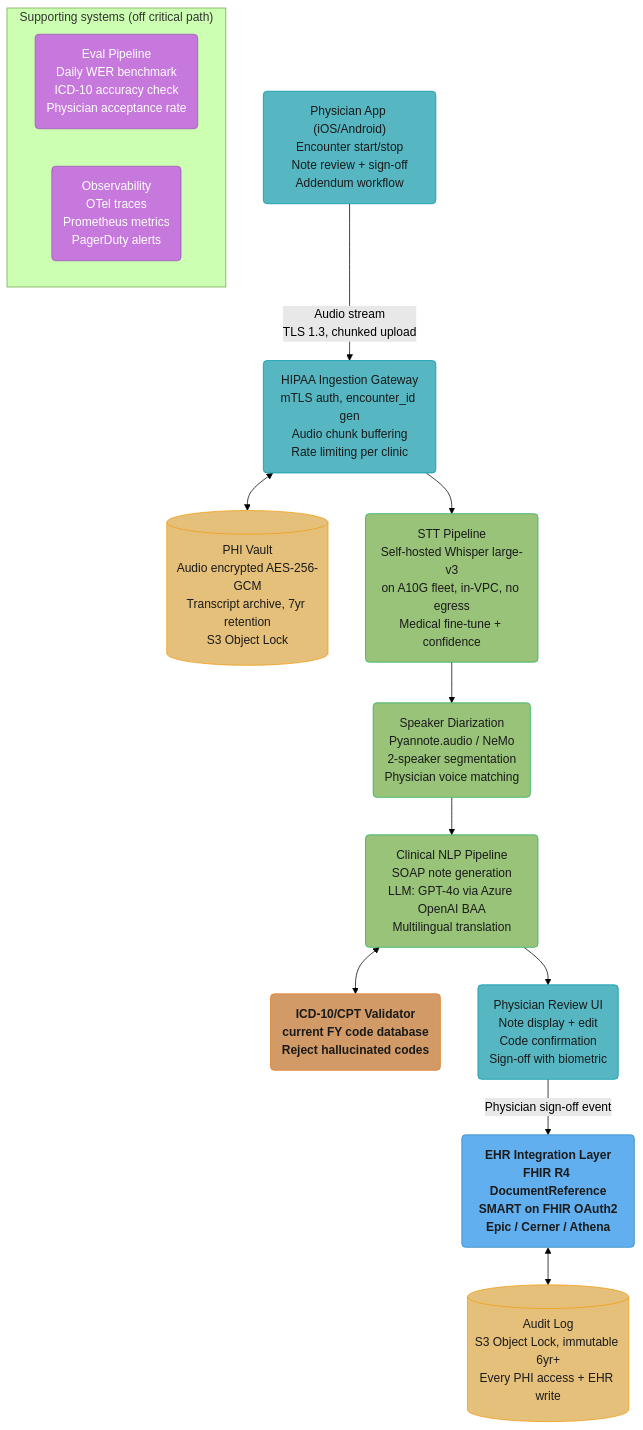
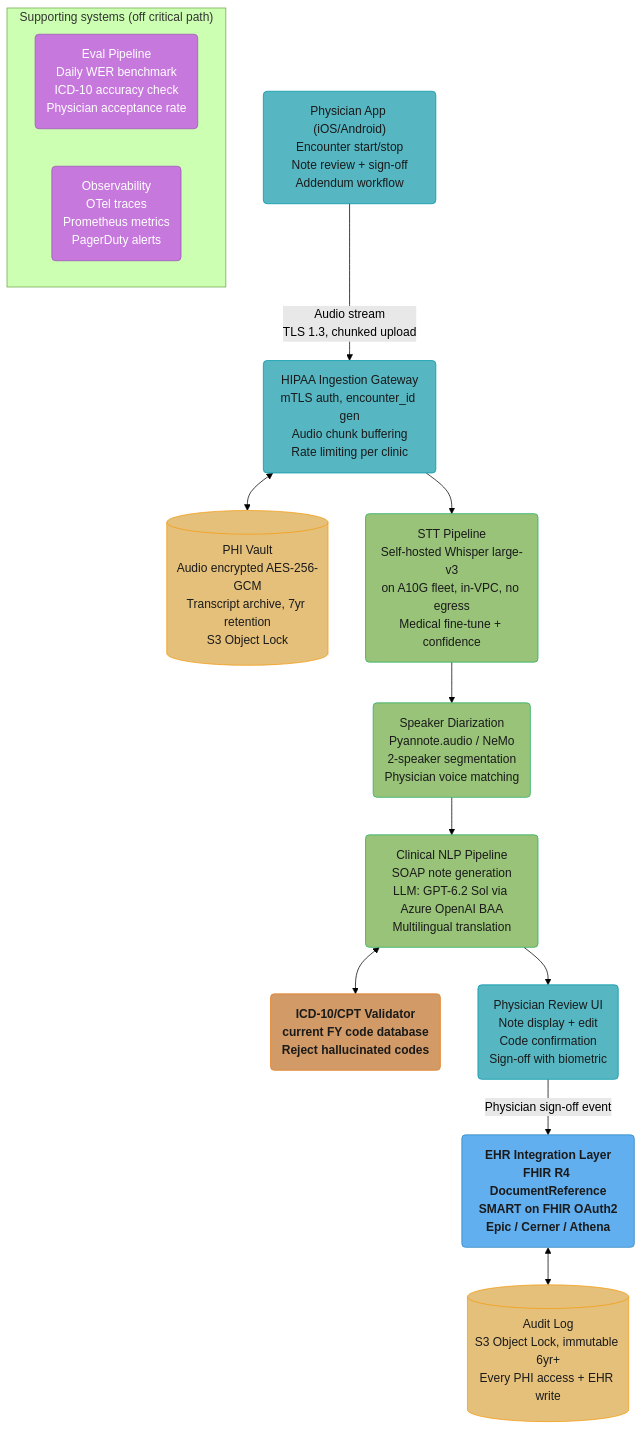
One commit to rppol/system-design changed the diagram in src/main/java/com/rutik/systemdesign/llm/case_studies/design_medical_ai_scribe.md. Above: the diagram before and after it, drawn with Mermaid (forest theme). The commit also changed other lines of this file and 25 other files, not shown here.

````diff
--- a/src/main/java/com/rutik/systemdesign/llm/case_studies/design_medical_ai_scribe.md
+++ b/src/main/java/com/rutik/systemdesign/llm/case_studies/design_medical_ai_scribe.md
@@ -102,42 +102,42 @@
 ```mermaid
 flowchart TD
     classDef io      fill:#61afef,stroke:#2e86c1,color:#1a1a1a,font-weight:bold
     classDef frozen  fill:#c678dd,stroke:#9b59b6,color:#fff
     classDef train   fill:#98c379,stroke:#27ae60,color:#1a1a1a
     classDef mathOp  fill:#d19a66,stroke:#e67e22,color:#1a1a1a,font-weight:bold
     classDef req     fill:#56b6c2,stroke:#0097a7,color:#1a1a1a
     classDef base    fill:#e5c07b,stroke:#f39c12,color:#1a1a1a
 
     app("Physician App (iOS/Android)<br/>Encounter start/stop<br/>Note review + sign-off<br/>Addendum workflow")
     gateway("HIPAA Ingestion Gateway<br/>mTLS auth, encounter_id gen<br/>Audio chunk buffering<br/>Rate limiting per clinic")
     vault[("PHI Vault<br/>Audio encrypted AES-256-GCM<br/>Transcript archive, 7yr retention<br/>S3 Object Lock")]
     stt("STT Pipeline<br/>Self-hosted Whisper large-v3<br/>on A10G fleet, in-VPC, no egress<br/>Medical fine-tune + confidence")
     diar("Speaker Diarization<br/>Pyannote.audio / NeMo<br/>2-speaker segmentation<br/>Physician voice matching")
-    nlp("Clinical NLP Pipeline<br/>SOAP note generation<br/>LLM: GPT-4o via Azure OpenAI BAA<br/>Multilingual translation")
+    nlp("Clinical NLP Pipeline<br/>SOAP note generation<br/>LLM: GPT-6.2 Sol via Azure OpenAI BAA<br/>Multilingual translation")
     icd("ICD-10/CPT Validator<br/>current FY code database<br/>Reject hallucinated codes")
     review("Physician Review UI<br/>Note display + edit<br/>Code confirmation<br/>Sign-off with biometric")
     ehr("EHR Integration Layer<br/>FHIR R4 DocumentReference<br/>SMART on FHIR OAuth2<br/>Epic / Cerner / Athena")
     audit[("Audit Log<br/>S3 Object Lock, immutable 6yr+<br/>Every PHI access + EHR write")]
 
     app -->|"Audio stream<br/>TLS 1.3, chunked upload"| gateway
     gateway <--> vault
     gateway --> stt --> diar --> nlp
     nlp <--> icd
     nlp --> review
     review -->|"Physician sign-off event"| ehr
     ehr <--> audit
 
     subgraph supporting["Supporting systems (off critical path)"]
         direction LR
         evalp("Eval Pipeline<br/>Daily WER benchmark<br/>ICD-10 accuracy check<br/>Physician acceptance rate")
         observ("Observability<br/>OTel traces<br/>Prometheus metrics<br/>PagerDuty alerts")
     end
 
     class app,review req
     class gateway req
     class vault,audit base
     class stt,diar,nlp train
     class icd mathOp
     class ehr io
     class evalp,observ frozen
 ```
````
